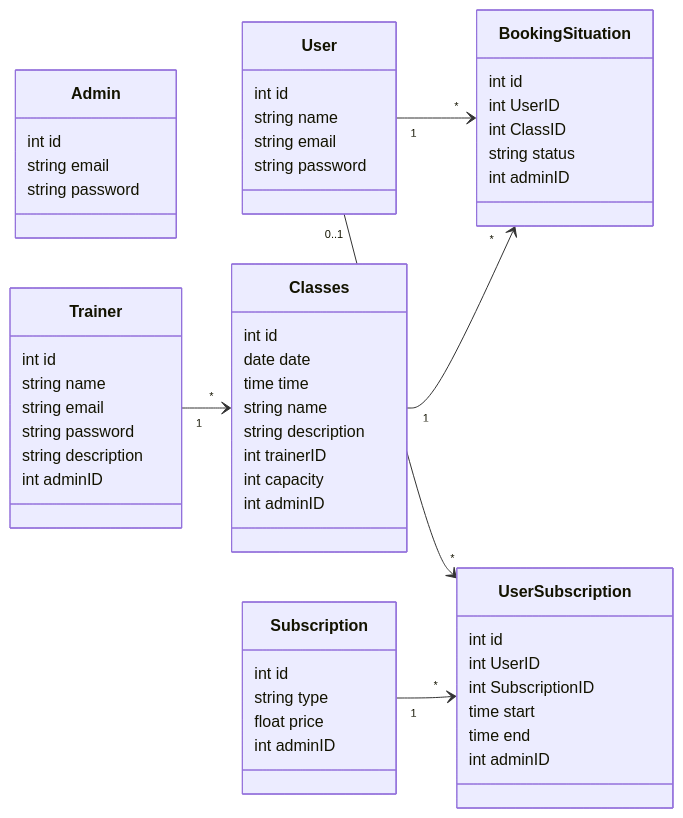
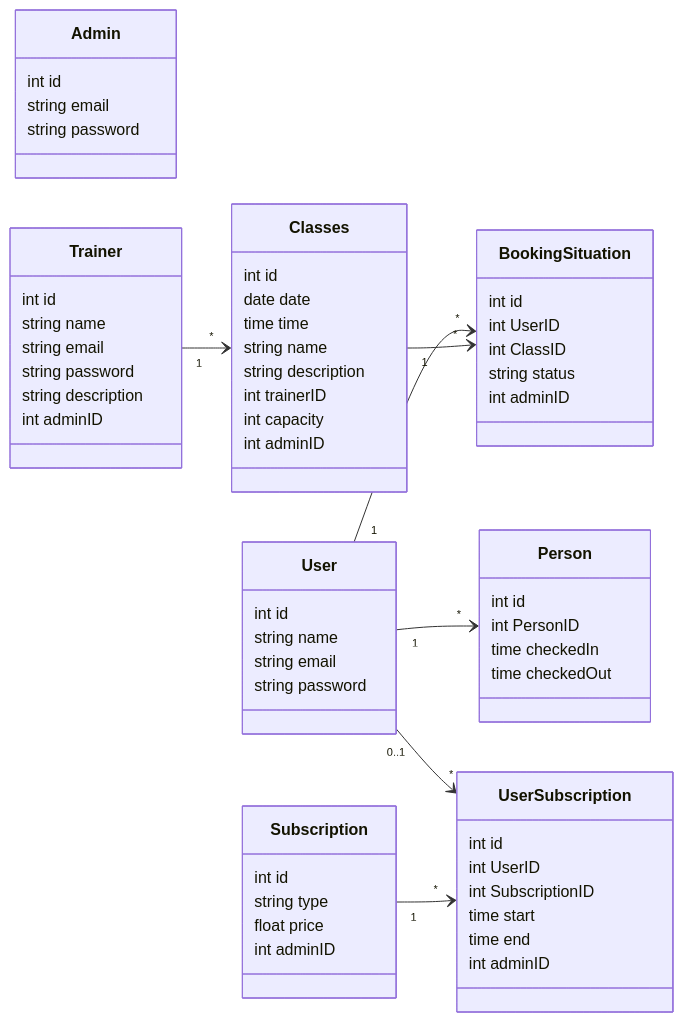
One commit to stefan-37/proiect-web changed the diagram in README.md. Above: the diagram before and after it, drawn with Mermaid. The commit also changed other lines of this file and 5 other files, not shown here.

````diff
--- a/README.md
+++ b/README.md
@@ -45,61 +46,68 @@
 ```mermaid
 classDiagram
     direction LR
 
     class Admin {
         int id
         string email
         string password
     }
     class User {
         int id
         string name
         string email
         string password
     }
     class Subscription {
         int id
         string type
         float price
         int adminID
     }
     class UserSubscription {
         int id
         int UserID
         int SubscriptionID
         time start
         time end
         int adminID
     }
     class Trainer {
         int id
         string name
         string email
         string password
         string description
         int adminID
     }
     class Classes {
         int id
         date date
         time time
         string name
         string description
         int trainerID
         int capacity
         int adminID
     }
     class BookingSituation {
         int id
         int UserID
         int ClassID
         string status
         int adminID
     }
+    class Person {
+        int id
+        int PersonID
+        time checkedIn
+        time checkedOut
+    }
 
+    User "1" --> "*" Person
     User "0..1" --> "*" UserSubscription
     Subscription "1" --> "*" UserSubscription
     Trainer "1" --> "*" Classes
     User "1" --> "*" BookingSituation
     Classes "1" --> "*" BookingSituation
 ```
````
